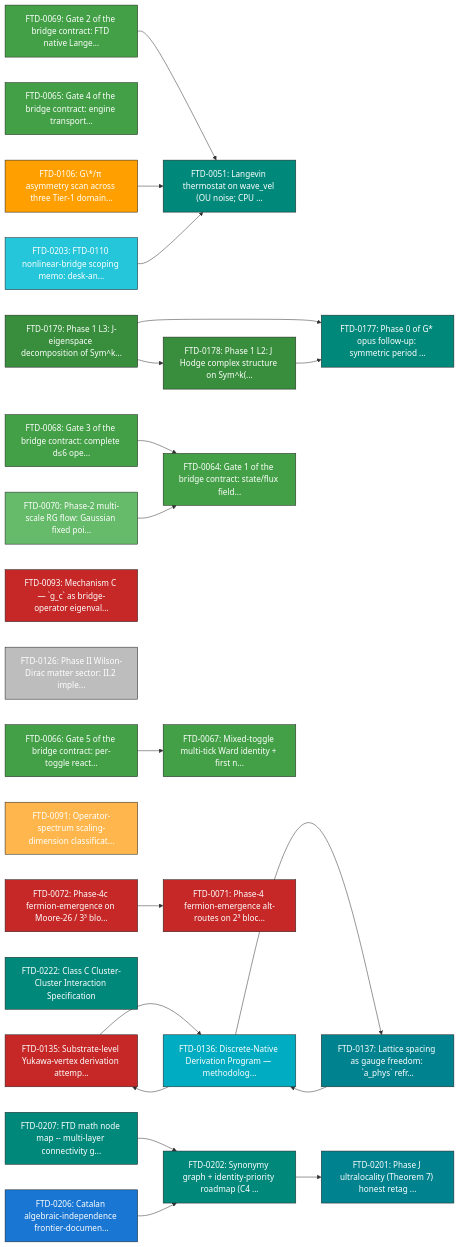
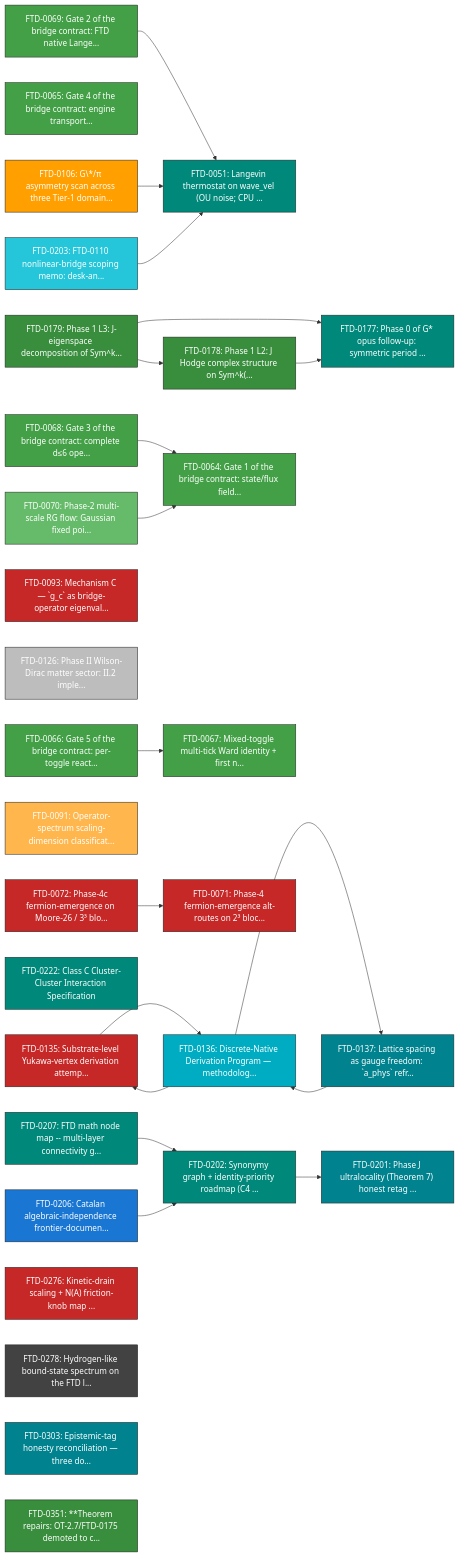
Diagram 14 of 16 in docs/theory/09_mathematical/NODE_MAP_FTD_MATH.md (cpaci-tani/Foundational-Ternary-Dynamics), drawn with Mermaid before and after one commit. The commit also changed other lines of this file and 1 other file, not shown here.

First line of the commit message:
docs+scripts: FTD-0360 item 3 -- regenerate math node map from corrected LEDGER

````diff
--- a/docs/theory/09_mathematical/NODE_MAP_FTD_MATH.md
+++ b/docs/theory/09_mathematical/NODE_MAP_FTD_MATH.md
@@ -544,72 +669,80 @@
 ```mermaid
 graph LR
     FTD_0177["FTD-0177: Phase 0 of G* opus follow-up: symmetric period ..."]
     style FTD_0177 fill:#00897b,color:white,stroke:#222,stroke-width:1px
     FTD_0178["FTD-0178: Phase 1 L2: J Hodge complex structure on Sym^k(..."]
     style FTD_0178 fill:#388e3c,color:white,stroke:#222,stroke-width:1px
     FTD_0179["FTD-0179: Phase 1 L3: J-eigenspace decomposition of Sym^k..."]
     style FTD_0179 fill:#388e3c,color:white,stroke:#222,stroke-width:1px
     FTD_0051["FTD-0051: Langevin thermostat on wave_vel (OU noise; CPU ..."]
     style FTD_0051 fill:#00897b,color:white,stroke:#222,stroke-width:1px
     FTD_0064["FTD-0064: Gate 1 of the bridge contract: state/flux field..."]
     style FTD_0064 fill:#43a047,color:white,stroke:#222,stroke-width:1px
     FTD_0065["FTD-0065: Gate 4 of the bridge contract: engine transport..."]
     style FTD_0065 fill:#43a047,color:white,stroke:#222,stroke-width:1px
     FTD_0066["FTD-0066: Gate 5 of the bridge contract: per-toggle react..."]
     style FTD_0066 fill:#43a047,color:white,stroke:#222,stroke-width:1px
     FTD_0067["FTD-0067: Mixed-toggle multi-tick Ward identity + first n..."]
     style FTD_0067 fill:#43a047,color:white,stroke:#222,stroke-width:1px
     FTD_0068["FTD-0068: Gate 3 of the bridge contract: complete d≤6 ope..."]
     style FTD_0068 fill:#43a047,color:white,stroke:#222,stroke-width:1px
     FTD_0069["FTD-0069: Gate 2 of the bridge contract: FTD native Lange..."]
     style FTD_0069 fill:#43a047,color:white,stroke:#222,stroke-width:1px
     FTD_0070["FTD-0070: Phase-2 multi-scale RG flow: Gaussian fixed poi..."]
     style FTD_0070 fill:#66bb6a,color:white,stroke:#222,stroke-width:1px
     FTD_0071["FTD-0071: Phase-4 fermion-emergence alt-routes on 2³ bloc..."]
     style FTD_0071 fill:#c62828,color:white,stroke:#222,stroke-width:1px
     FTD_0072["FTD-0072: Phase-4c fermion-emergence on Moore-26 / 3³ blo..."]
     style FTD_0072 fill:#c62828,color:white,stroke:#222,stroke-width:1px
     FTD_0093["FTD-0093: Mechanism C — `g_c` as bridge-operator eigenval..."]
     style FTD_0093 fill:#c62828,color:white,stroke:#222,stroke-width:1px
     FTD_0126["FTD-0126: Phase II Wilson-Dirac matter sector: II.2 imple..."]
     style FTD_0126 fill:#bdbdbd,color:white,stroke:#222,stroke-width:1px
     FTD_0106["FTD-0106: G\*/π asymmetry scan across three Tier-1 domain..."]
     style FTD_0106 fill:#ffa000,color:white,stroke:#222,stroke-width:1px
     FTD_0091["FTD-0091: Operator-spectrum scaling-dimension classificat..."]
     style FTD_0091 fill:#ffb74d,color:white,stroke:#222,stroke-width:1px
     FTD_0135["FTD-0135: Substrate-level Yukawa-vertex derivation attemp..."]
     style FTD_0135 fill:#c62828,color:white,stroke:#222,stroke-width:1px
     FTD_0136["FTD-0136: Discrete-Native Derivation Program — methodolog..."]
     style FTD_0136 fill:#00acc1,color:white,stroke:#222,stroke-width:1px
     FTD_0137["FTD-0137: Lattice spacing as gauge freedom: `a_phys` refr..."]
     style FTD_0137 fill:#00838f,color:white,stroke:#222,stroke-width:1px
     FTD_0222["FTD-0222: Class C Cluster-Cluster Interaction Specification"]
     style FTD_0222 fill:#00897b,color:white,stroke:#222,stroke-width:1px
     FTD_0207["FTD-0207: FTD math node map -- multi-layer connectivity g..."]
     style FTD_0207 fill:#00897b,color:white,stroke:#222,stroke-width:1px
     FTD_0206["FTD-0206: Catalan algebraic-independence frontier-documen..."]
     style FTD_0206 fill:#1976d2,color:white,stroke:#222,stroke-width:1px
     FTD_0203["FTD-0203: FTD-0110 nonlinear-bridge scoping memo: desk-an..."]
     style FTD_0203 fill:#26c6da,color:white,stroke:#222,stroke-width:1px
     FTD_0202["FTD-0202: Synonymy graph + identity-priority roadmap (C4 ..."]
     style FTD_0202 fill:#00897b,color:white,stroke:#222,stroke-width:1px
     FTD_0201["FTD-0201: Phase J ultralocality (Theorem 7) honest retag ..."]
     style FTD_0201 fill:#00838f,color:white,stroke:#222,stroke-width:1px
+    FTD_0276["FTD-0276: Kinetic-drain scaling + N(A) friction-knob map ..."]
+    style FTD_0276 fill:#c62828,color:white,stroke:#222,stroke-width:1px
+    FTD_0278["FTD-0278: Hydrogen-like bound-state spectrum on the FTD l..."]
+    style FTD_0278 fill:#424242,color:white,stroke:#222,stroke-width:1px
+    FTD_0303["FTD-0303: Epistemic-tag honesty reconciliation — three do..."]
+    style FTD_0303 fill:#00838f,color:white,stroke:#222,stroke-width:1px
+    FTD_0351["FTD-0351: **Theorem repairs: OT-2.7/FTD-0175 demoted to c..."]
+    style FTD_0351 fill:#388e3c,color:white,stroke:#222,stroke-width:1px
     FTD_0178 --> FTD_0177
     FTD_0179 --> FTD_0177
     FTD_0179 --> FTD_0178
     FTD_0066 --> FTD_0067
     FTD_0068 --> FTD_0064
     FTD_0069 --> FTD_0051
     FTD_0070 --> FTD_0064
     FTD_0072 --> FTD_0071
     FTD_0106 --> FTD_0051
     FTD_0135 --> FTD_0136
     FTD_0136 --> FTD_0135
     FTD_0136 --> FTD_0137
     FTD_0137 --> FTD_0136
     FTD_0207 --> FTD_0202
     FTD_0206 --> FTD_0202
     FTD_0203 --> FTD_0051
     FTD_0202 --> FTD_0201
 ```
````
